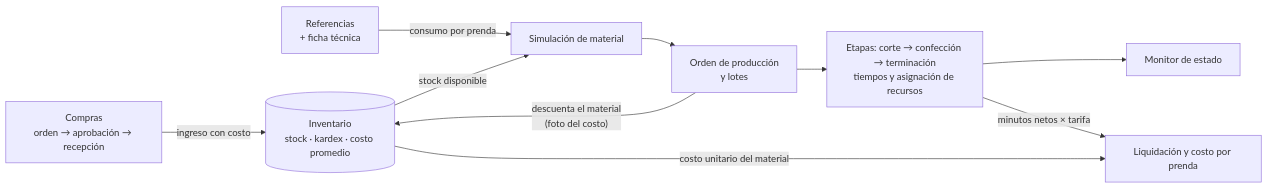
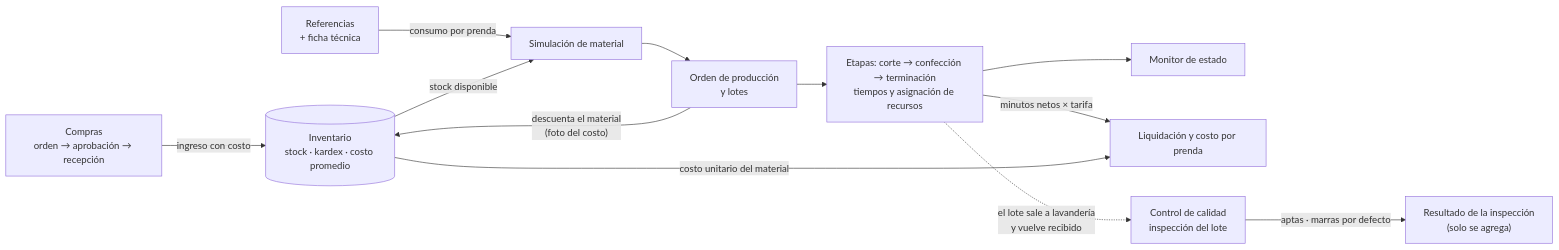
One commit to BayronVV/TexCoreERP-Backend changed the first of 3 diagrams in docs/modulos.md. Above: the diagram before and after it, drawn with Mermaid. The commit also changed other lines of this file and 10 other files, not shown here.

First line of the commit message:
docs(TE-59): documenta el control de calidad y las marras

````diff
--- a/docs/modulos.md
+++ b/docs/modulos.md
@@ -24,12 +25,14 @@
 ```mermaid
 flowchart LR
     COMP["Compras<br/>orden → aprobación → recepción"] -- "ingreso con costo" --> INV[("Inventario<br/>stock · kardex · costo promedio")]
     REF["Referencias<br/>+ ficha técnica"] -- "consumo por prenda" --> PLAN["Simulación de material"]
     INV -- "stock disponible" --> PLAN
     PLAN --> ORD["Orden de producción<br/>y lotes"]
     ORD -- "descuenta el material<br/>(foto del costo)" --> INV
     ORD --> TIEMPOS["Etapas: corte → confección → terminación<br/>tiempos y asignación de recursos"]
     TIEMPOS --> MON["Monitor de estado"]
     TIEMPOS -- "minutos netos × tarifa" --> COSTEO["Liquidación y costo por prenda"]
     INV -- "costo unitario del material" --> COSTEO
+    TIEMPOS -. "el lote sale a lavandería<br/>y vuelve recibido" .-> CAL["Control de calidad<br/>inspección del lote"]
+    CAL -- "aptas · marras por defecto" --> RES["Resultado de la inspección<br/>(solo se agrega)"]
 ```
````
